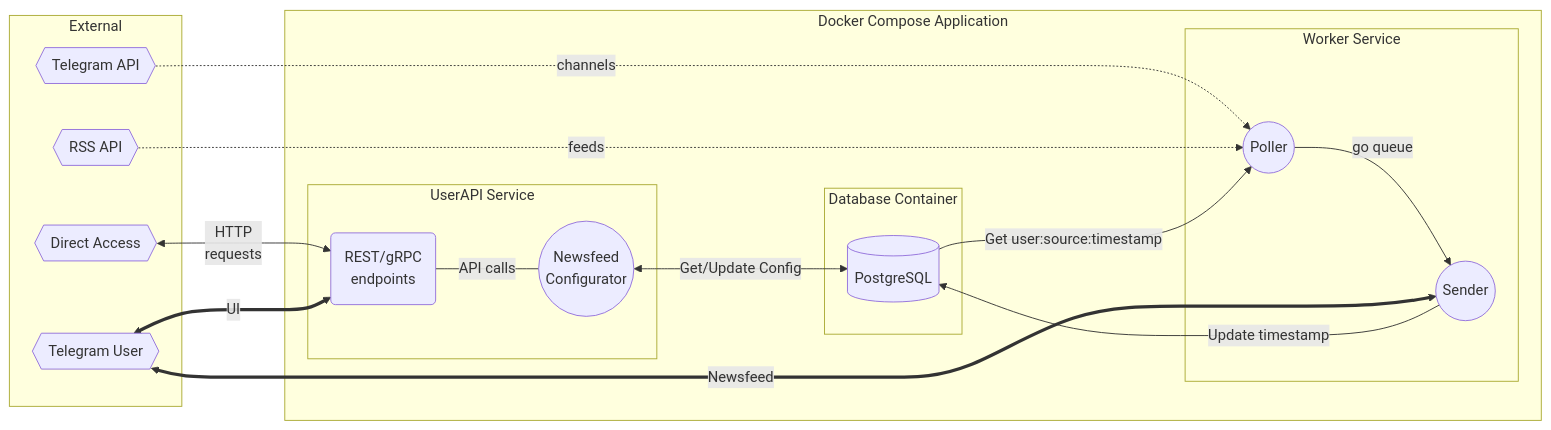
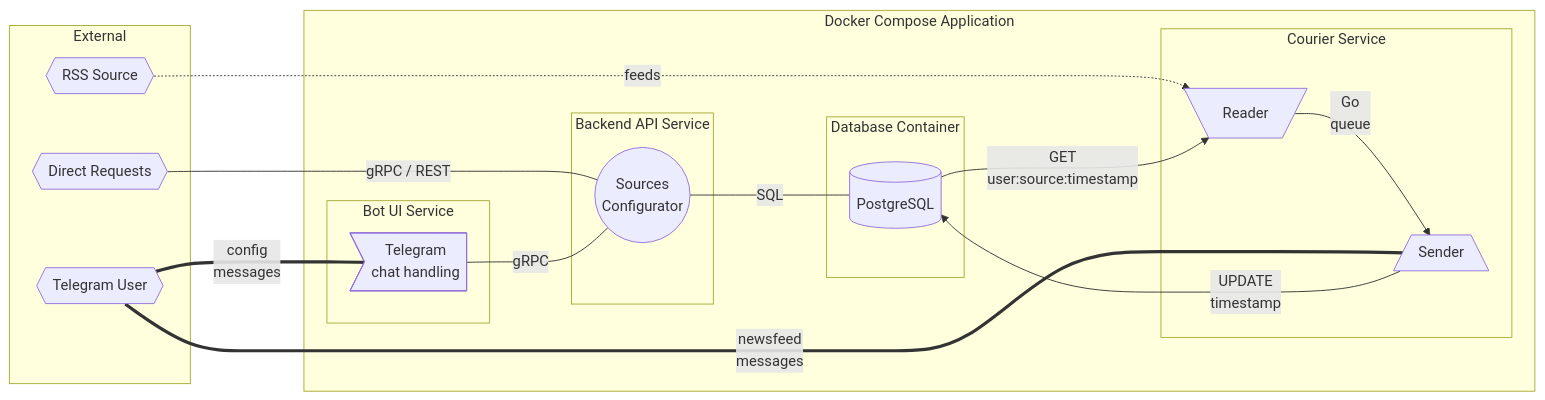
Before and after one commit to Rush-iam/AggreBot: the diagram in README.md, drawn with Mermaid. The commit also changed other lines of this file and 31 other files, not shown here.

````diff
--- a/README.md
+++ b/README.md
@@ -23,36 +22,34 @@
 ```mermaid
 flowchart LR
 
 subgraph External
-    DIRECT{{Direct Access}}
+    DIRECT{{Direct Requests}}
     TGUSER{{Telegram User}}
-    TG{{Telegram API}}
-    RSS{{RSS API}}
+    RSS{{RSS Source}}
 end
 subgraph Docker Compose Application
-    subgraph UserAPI [UserAPI Service]
-        ENDPOINTS(REST/gRPC<br/>endpoints)
-        CONFIGURER((Newsfeed<br/>Configurator))
-    end
+        subgraph BOTSERVICE [Bot UI Service]
+            BOT>Telegram<br/>chat handling]
+        end
+        subgraph API [Backend API Service]
+          CONFIGURER((Sources<br/>Configurator))
+        end
     subgraph Database [Database Container]
         DB[(PostgreSQL)]
     end
-    subgraph Worker Service
-        POLLER((Poller))
-        SENDER((Sender))
+    subgraph Courier Service
+        READER[\Reader/]
+        SENDER[/Sender\]
     end
 end
 
-DIRECT  <-->|HTTP<br/>requests| ENDPOINTS
-TGUSER  <==>|UI| ENDPOINTS
-TG -.->|channels| POLLER
-RSS -.->|feeds| POLLER
+DIRECT  ---|gRPC / REST| CONFIGURER
+TGUSER  ===|config<br/>messages| BOT ---|gRPC| CONFIGURER---|SQL| DB
+RSS -.->|feeds| READER
 
-ENDPOINTS ---|API calls| CONFIGURER<-->|Get/Update Config| DB
-
-DB -->|Get user:source:timestamp| POLLER 
-POLLER -->|go queue| SENDER
-SENDER -->|Update timestamp| DB
-TGUSER <==>|Newsfeed| SENDER
+DB -->|GET<br/>user:source:timestamp| READER 
+READER -->|Go<br/>queue| SENDER
+SENDER -->|UPDATE<br/>timestamp| DB
+TGUSER ===|newsfeed<br/>messages| SENDER
 
 ```
````
